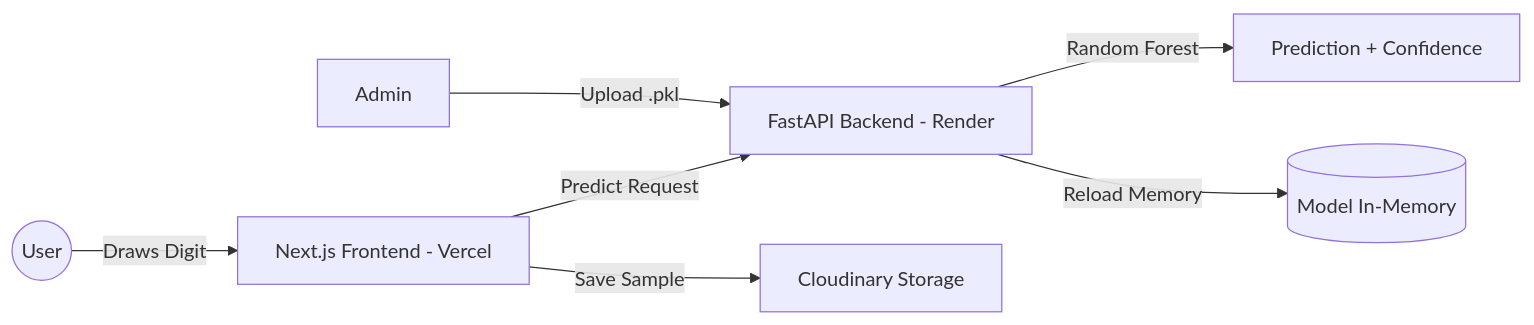
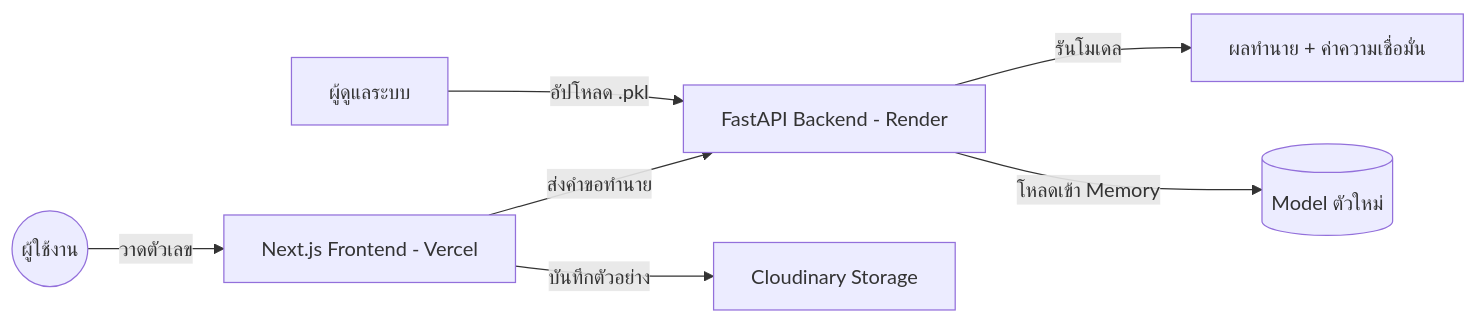
Before and after one commit to truexproject2026/Mini_ProjectCS462: the diagram in README.md, drawn with Mermaid. The commit also changed other lines of this file, not shown here.

````diff
--- a/README.md
+++ b/README.md
@@ -35,9 +35,9 @@
 ```mermaid
 graph LR
-    User((User)) -->|Draws Digit| Vercel[Next.js Frontend - Vercel]
-    Vercel -->|Predict Request| Render[FastAPI Backend - Render]
-    Render -->|Random Forest| Result[Prediction + Confidence]
-    Vercel -->|Save Sample| Cloudinary[Cloudinary Storage]
-    Admin[Admin] -->|Upload .pkl| Render
-    Render -->|Reload Memory| Memory[(Model In-Memory)]
+    User((ผู้ใช้งาน)) -->|วาดตัวเลข| Vercel[Next.js Frontend - Vercel]
+    Vercel -->|ส่งคำขอทำนาย| Render[FastAPI Backend - Render]
+    Render -->|รันโมเดล| Result[ผลทำนาย + ค่าความเชื่อมั่น]
+    Vercel -->|บันทึกตัวอย่าง| Cloudinary[Cloudinary Storage]
+    Admin[ผู้ดูแลระบบ] -->|อัปโหลด .pkl| Render
+    Render -->|โหลดเข้า Memory| Memory[(Model ตัวใหม่)]
 ```
````
